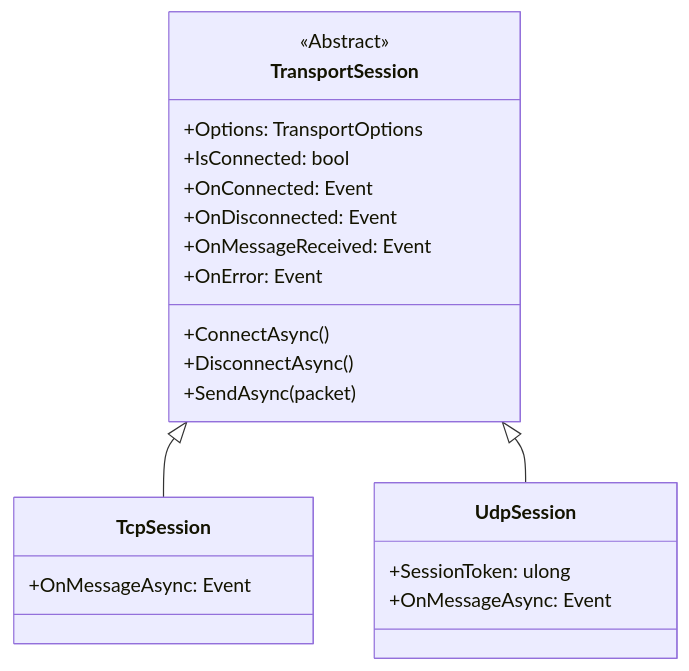
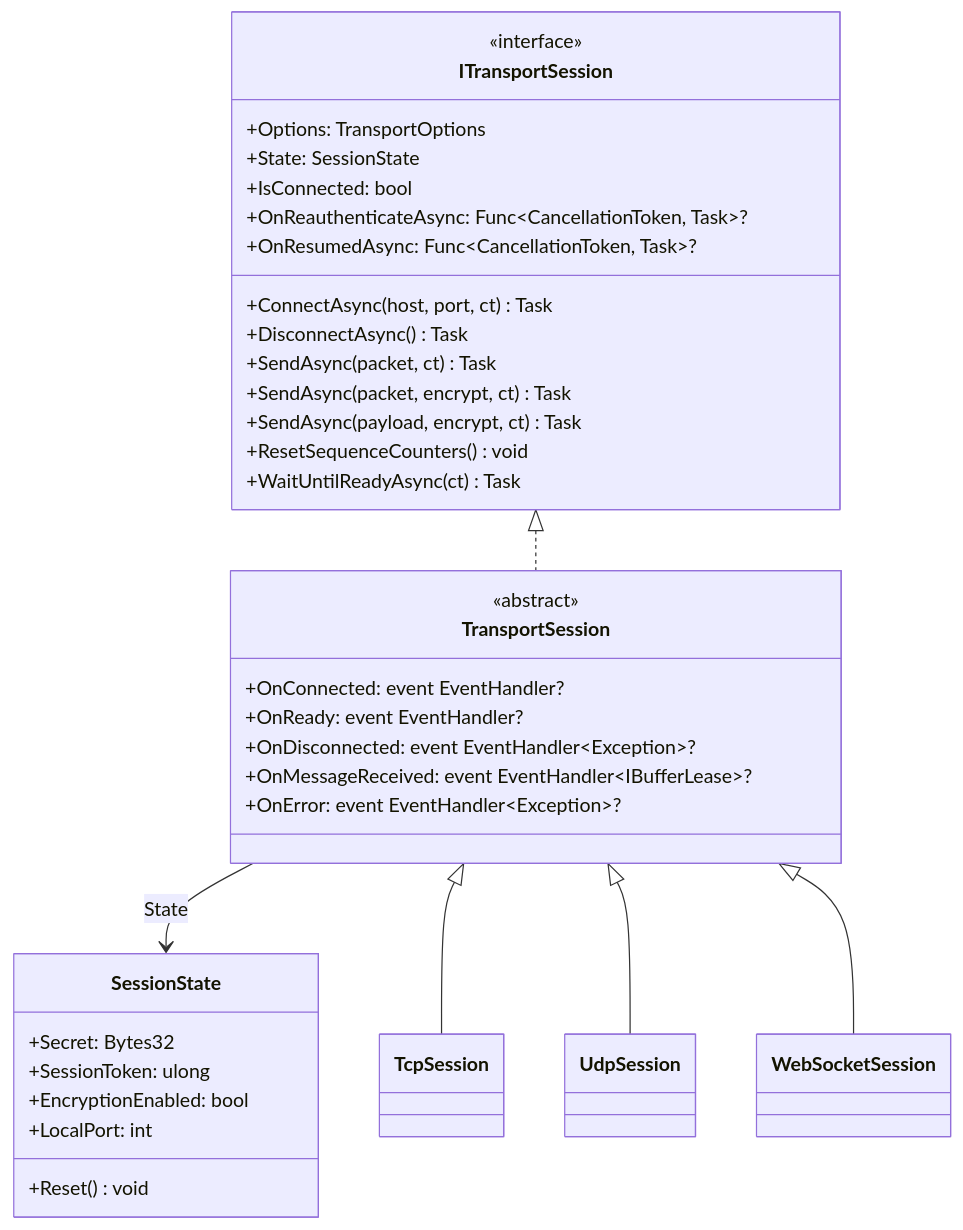
Before and after one commit to ppn-systems/nalix-docs: the diagram in src/content/docs/en-us/api/sdk/transport-session.md, drawn with Mermaid. The commit also changed other lines of this file and 180 other files, not shown here.

````diff
--- a/src/content/docs/en-us/api/sdk/transport-session.md
+++ b/src/content/docs/en-us/api/sdk/transport-session.md
@@ -12,24 +22,38 @@
 ```mermaid
 classDiagram
+    class ITransportSession {
+        <<interface>>
+        +Options: TransportOptions
+        +State: SessionState
+        +IsConnected: bool
+        +OnReauthenticateAsync: Func~CancellationToken, Task~?
+        +OnResumedAsync: Func~CancellationToken, Task~?
+        +ConnectAsync(host, port, ct) Task
+        +DisconnectAsync() Task
+        +SendAsync(packet, ct) Task
+        +SendAsync(packet, encrypt, ct) Task
+        +SendAsync(payload, encrypt, ct) Task
+        +ResetSequenceCounters() void
+        +WaitUntilReadyAsync(ct) Task
+    }
     class TransportSession {
-        <<Abstract>>
-        +Options: TransportOptions
-        +IsConnected: bool
-        +OnConnected: Event
-        +OnDisconnected: Event
-        +OnMessageReceived: Event
-        +OnError: Event
-        +ConnectAsync()
-        +DisconnectAsync()
-        +SendAsync(packet)
+        <<abstract>>
+        +OnConnected: event EventHandler?
+        +OnReady: event EventHandler?
+        +OnDisconnected: event EventHandler~Exception~?
+        +OnMessageReceived: event EventHandler~IBufferLease~?
+        +OnError: event EventHandler~Exception~?
     }
-    class TcpSession {
-        +OnMessageAsync: Event
+    class SessionState {
+        +Secret: Bytes32
+        +SessionToken: ulong
+        +EncryptionEnabled: bool
+        +LocalPort: int
+        +Reset() void
     }
-    class UdpSession {
-        +SessionToken: ulong
-        +OnMessageAsync: Event
-    }
+    ITransportSession <|.. TransportSession
+    TransportSession --> SessionState : State
     TransportSession <|-- TcpSession
     TransportSession <|-- UdpSession
+    TransportSession <|-- WebSocketSession
 ```
````
